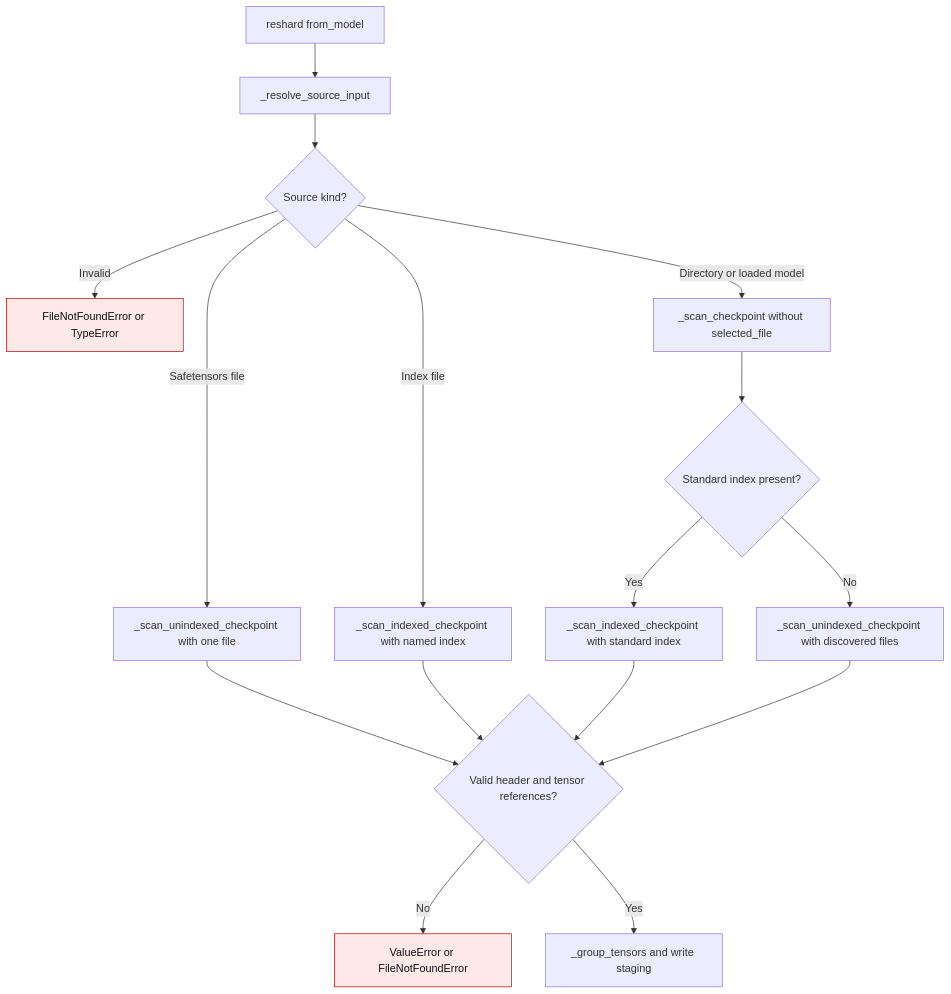
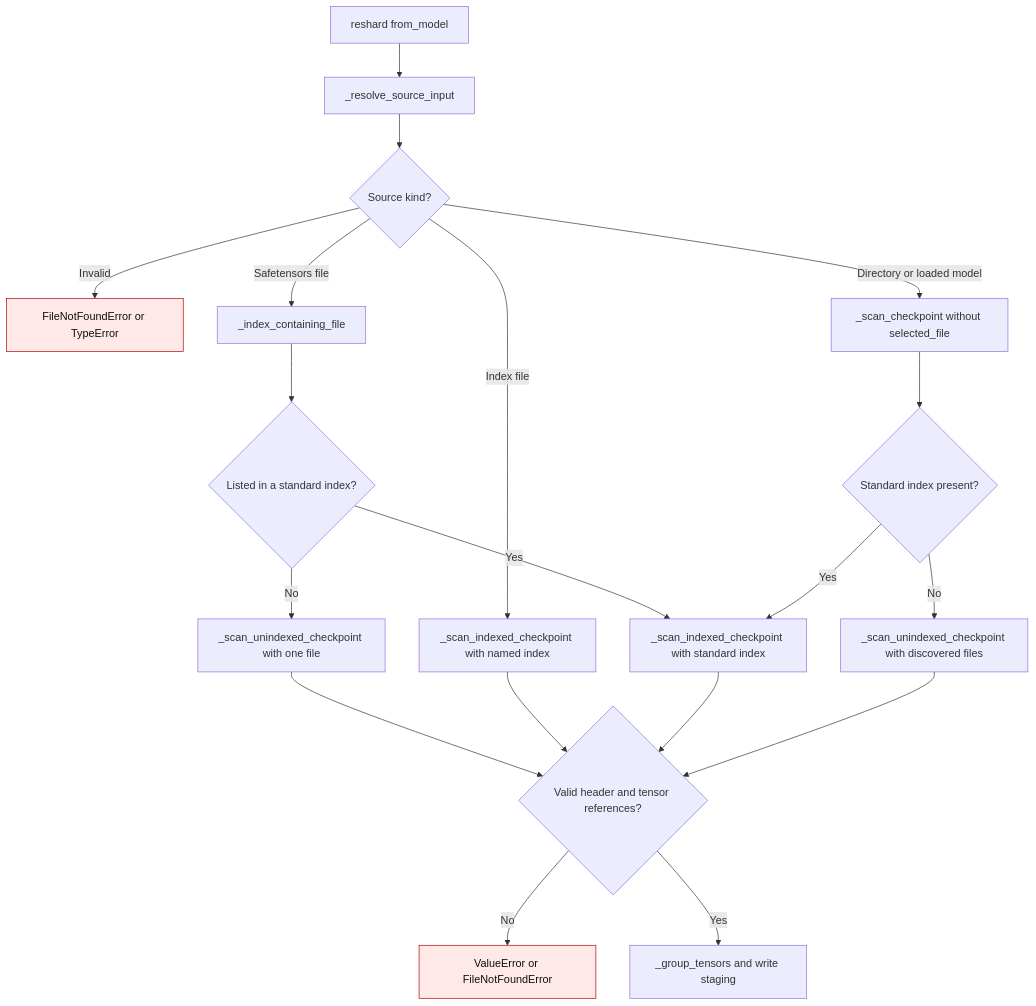
One commit to ModelCloud/GPTQModel changed the diagram in docs/reshard-source-selection.md. Above: the diagram before and after it, drawn with Mermaid. The commit also changed other lines of this file and 3 other files, not shown here.

````diff
--- a/docs/reshard-source-selection.md
+++ b/docs/reshard-source-selection.md
@@ -9,20 +11,23 @@
 ```mermaid
 flowchart TD
     A["reshard from_model"] --> B["_resolve_source_input"]
     B --> C{"Source kind?"}
     C -- Invalid --> X["FileNotFoundError or TypeError"]
     C -- Directory or loaded model --> D["_scan_checkpoint without selected_file"]
-    C -- Safetensors file --> E["_scan_unindexed_checkpoint with one file"]
+    C -- Safetensors file --> E["_index_containing_file"]
     C -- Index file --> F["_scan_indexed_checkpoint with named index"]
+    E --> P{"Listed in a standard index?"}
+    P -- Yes --> H
+    P -- No --> Q["_scan_unindexed_checkpoint with one file"]
     D --> G{"Standard index present?"}
     G -- Yes --> H["_scan_indexed_checkpoint with standard index"]
     G -- No --> I["_scan_unindexed_checkpoint with discovered files"]
-    E --> J{"Valid header and tensor references?"}
+    Q --> J{"Valid header and tensor references?"}
     F --> J
     H --> J
     I --> J
     J -- No --> Y["ValueError or FileNotFoundError"]
     J -- Yes --> K["_group_tensors and write staging"]
     classDef failure fill:#ffe8e8,stroke:#b30000,color:#111;
     class X,Y failure;
 ```
````
